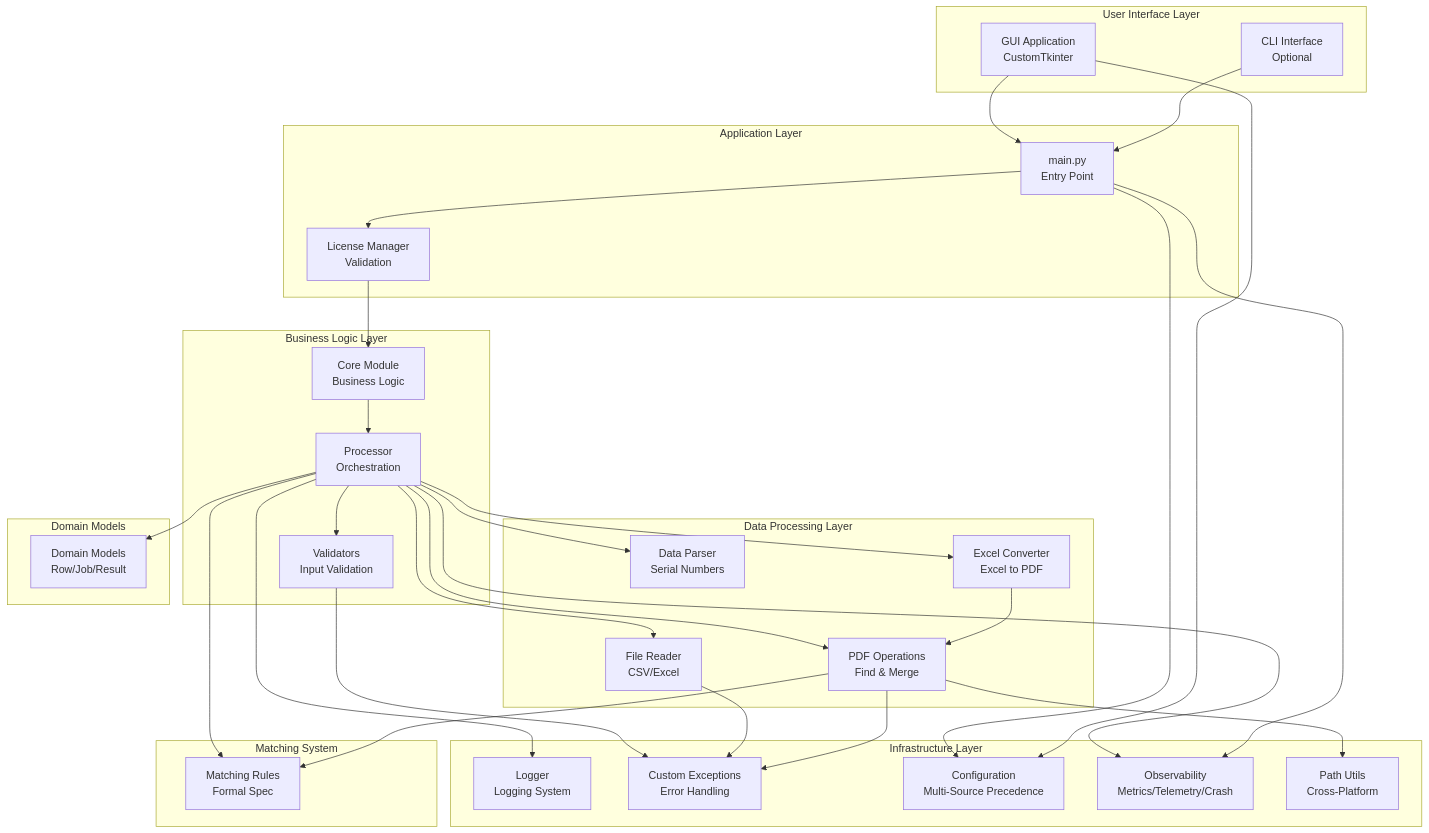
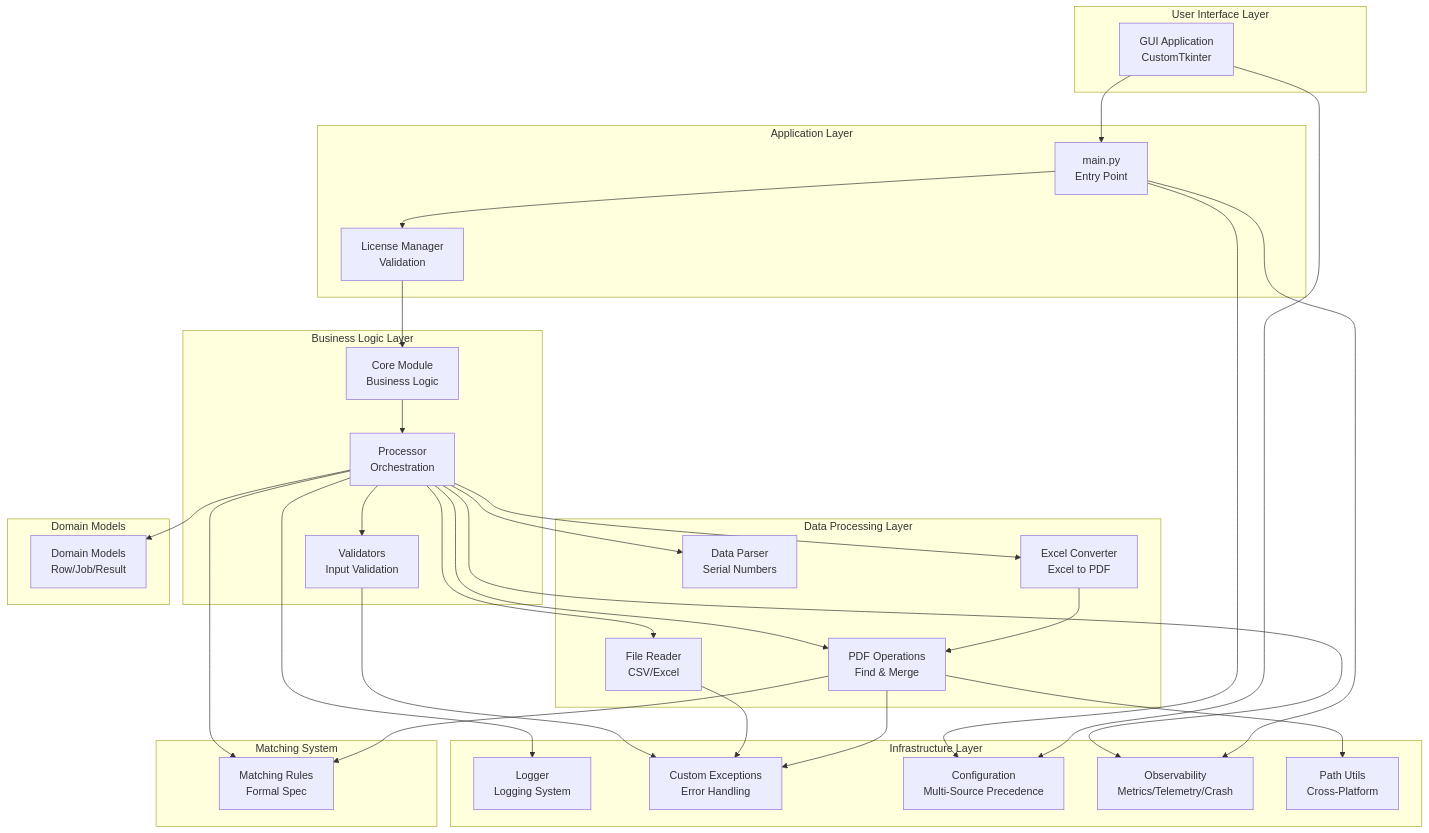
The first of 18 diagrams in ARCHITECTURE.md (Yoavsb25/files_unifeder), drawn with Mermaid before and after one commit. The commit also changed other lines of this file and 5 other files, not shown here.

````diff
--- a/ARCHITECTURE.md
+++ b/ARCHITECTURE.md
@@ -47,65 +47,63 @@
 ```mermaid
 graph TB
     subgraph "User Interface Layer"
         GUI[GUI Application<br/>CustomTkinter]
-        CLI[CLI Interface<br/>Optional]
     end
     
     subgraph "Application Layer"
         Main[main.py<br/>Entry Point]
         License[License Manager<br/>Validation]
     end
     
     subgraph "Business Logic Layer"
         Core[Core Module<br/>Business Logic]
         Processor[Processor<br/>Orchestration]
         Validator[Validators<br/>Input Validation]
     end
     
     subgraph "Data Processing Layer"
         FileReader[File Reader<br/>CSV/Excel]
         DataParser[Data Parser<br/>Serial Numbers]
         PDFOps[PDF Operations<br/>Find & Merge]
         ExcelConv[Excel Converter<br/>Excel to PDF]
     end
     
     subgraph "Infrastructure Layer"
         Logger[Logger<br/>Logging System]
         Exceptions[Custom Exceptions<br/>Error Handling]
         Config[Configuration<br/>Multi-Source Precedence]
         Observability[Observability<br/>Metrics/Telemetry/Crash]
         PathUtils[Path Utils<br/>Cross-Platform]
     end
     
     subgraph "Domain Models"
         Models[Domain Models<br/>Row/Job/Result]
     end
     
     subgraph "Matching System"
         Matching[Matching Rules<br/>Formal Spec]
     end
     
     GUI --> Main
-    CLI --> Main
     Main --> License
     License --> Core
     Core --> Processor
     Processor --> Validator
     Processor --> FileReader
     Processor --> DataParser
     Processor --> PDFOps
     Processor --> ExcelConv
     Processor --> Logger
     Processor --> Models
     Processor --> Observability
     Processor --> Matching
     ExcelConv --> PDFOps
     Validator --> Exceptions
     FileReader --> Exceptions
     PDFOps --> Exceptions
     PDFOps --> PathUtils
     PDFOps --> Matching
     Main --> Config
     Main --> Observability
     GUI --> Config
 ```
````
